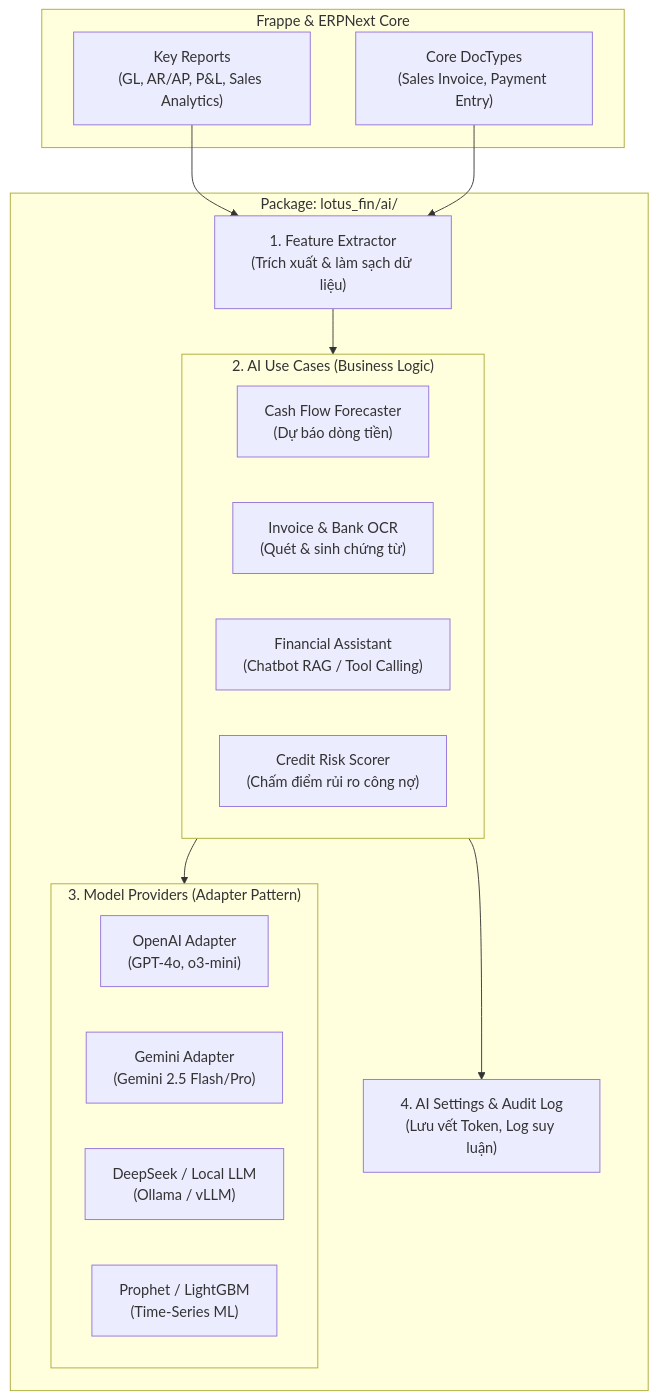
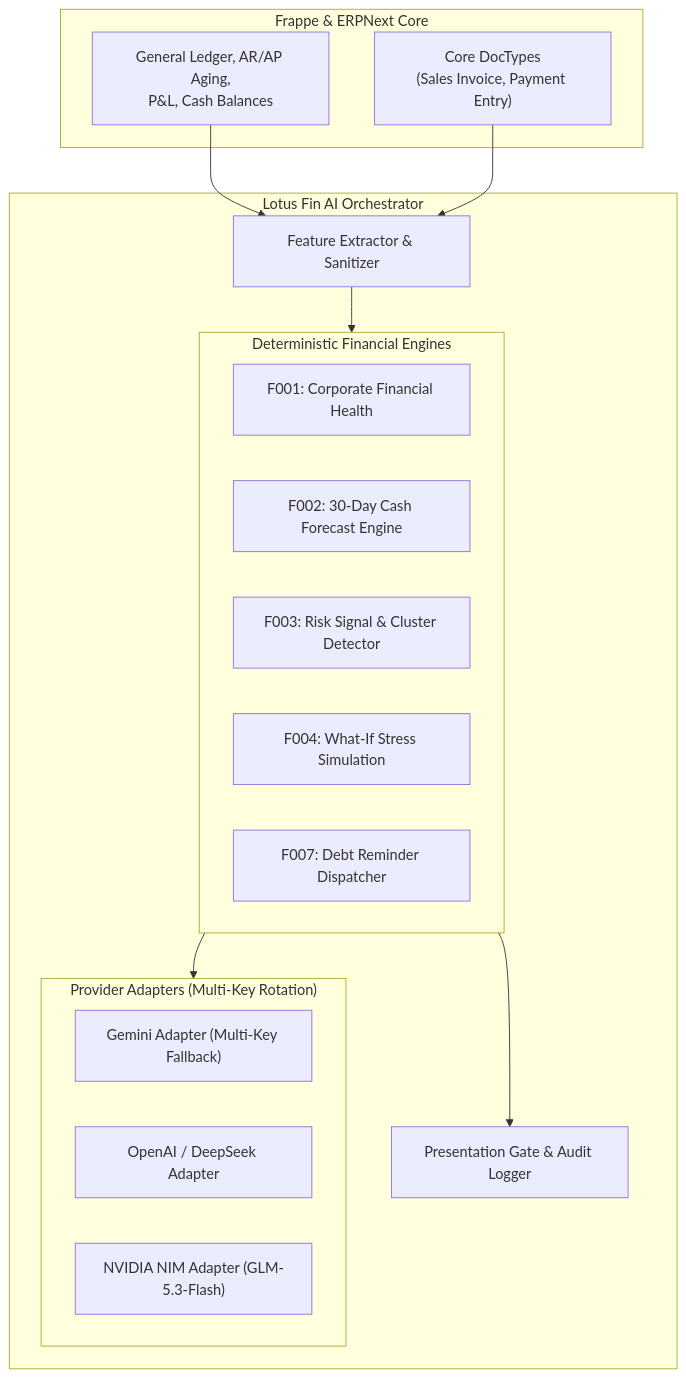
Before and after one commit to trungkienit25/lotus-fin: the diagram in docs/AI_MODULE_ARCHITECTURE_PROPOSAL.md, drawn with Mermaid. The commit also changed other lines of this file and 17 other files, not shown here.

````diff
--- a/docs/AI_MODULE_ARCHITECTURE_PROPOSAL.md
+++ b/docs/AI_MODULE_ARCHITECTURE_PROPOSAL.md
@@ -18,33 +18,33 @@
 ```mermaid
 flowchart TD
     subgraph Core_ERP["Frappe & ERPNext Core"]
-        REPORTS["Key Reports\n(GL, AR/AP, P&L, Sales Analytics)"]
+        REPORTS["General Ledger, AR/AP Aging,\nP&L, Cash Balances"]
         DOCTYPES["Core DocTypes\n(Sales Invoice, Payment Entry)"]
     end
 
-    subgraph Lotus_AI["Package: lotus_fin/ai/"]
-        EXTRACTOR["1. Feature Extractor\n(Trích xuất & làm sạch dữ liệu)"]
+    subgraph Lotus_AI["Lotus Fin AI Orchestrator"]
+        EXTRACTOR["Feature Extractor & Sanitizer"]
         
-        subgraph UseCases["2. AI Use Cases (Business Logic)"]
-            UC1["Cash Flow Forecaster\n(Dự báo dòng tiền)"]
-            UC2["Invoice & Bank OCR\n(Quét & sinh chứng từ)"]
-            UC3["Financial Assistant\n(Chatbot RAG / Tool Calling)"]
-            UC4["Credit Risk Scorer\n(Chấm điểm rủi ro công nợ)"]
+        subgraph UseCases["Deterministic Financial Engines"]
+            UC1["F001: Corporate Financial Health"]
+            UC2["F002: 30-Day Cash Forecast Engine"]
+            UC3["F003: Risk Signal & Cluster Detector"]
+            UC4["F004: What-If Stress Simulation"]
+            UC5["F007: Debt Reminder Dispatcher"]
         end
         
-        subgraph Provider_Layer["3. Model Providers (Adapter Pattern)"]
-            OPENAI["OpenAI Adapter\n(GPT-4o, o3-mini)"]
-            GEMINI["Gemini Adapter\n(Gemini 2.5 Flash/Pro)"]
-            DEEPSEEK["DeepSeek / Local LLM\n(Ollama / vLLM)"]
-            LOCAL_ML["Prophet / LightGBM\n(Time-Series ML)"]
+        subgraph Provider_Layer["Provider Adapters (Multi-Key Rotation)"]
+            GEMINI["Gemini Adapter (Multi-Key Fallback)"]
+            OPENAI["OpenAI / DeepSeek Adapter"]
+            NVIDIA["NVIDIA NIM Adapter (GLM-5.3-Flash)"]
         end
         
-        AUDIT["4. AI Settings & Audit Log\n(Lưu vết Token, Log suy luận)"]
+        GATE["Presentation Gate & Audit Logger"]
     end
 
     REPORTS --> EXTRACTOR
     DOCTYPES --> EXTRACTOR
     EXTRACTOR --> UseCases
     UseCases --> Provider_Layer
-    UseCases --> AUDIT
+    UseCases --> GATE
 ```
````
